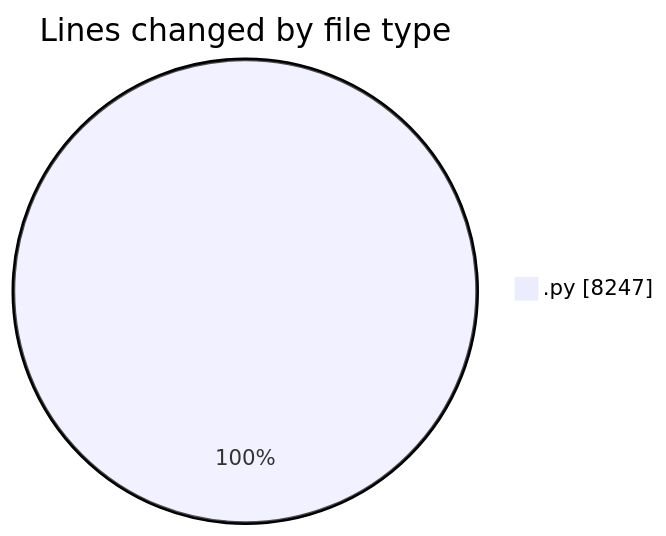
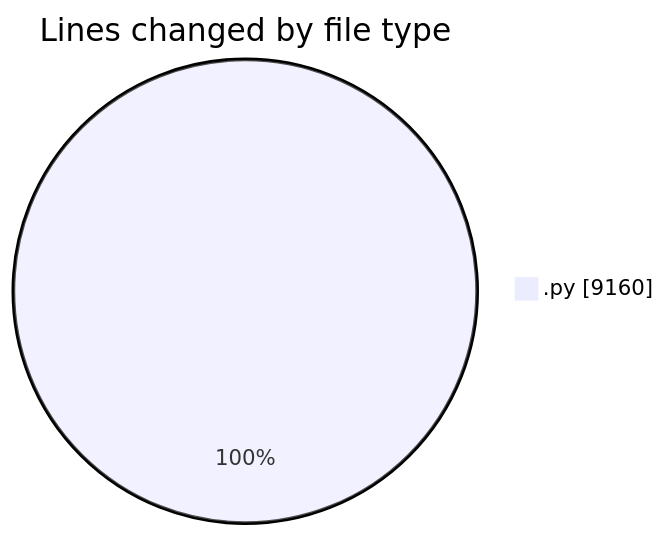
The first of 2 diagrams in 2025-07-14/telebot/README.md (jrari/code-tracking), drawn with Mermaid before and after one commit. The commit also changed other lines of this file and 1 other file, not shown here.

````diff
--- a/2025-07-14/telebot/README.md
+++ b/2025-07-14/telebot/README.md
@@ -30,5 +31,5 @@
 ```mermaid
 pie showData
 title Lines changed by file type
-".py" : 8247
+".py" : 9160
 ```
````
